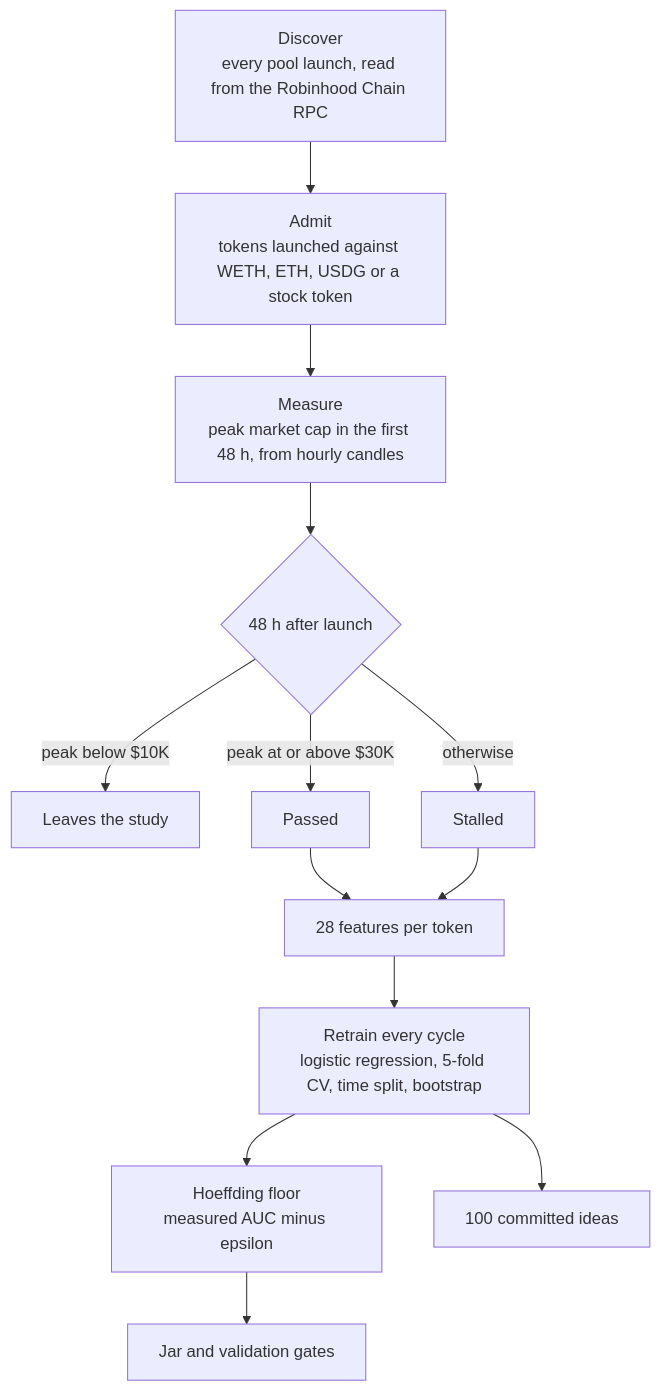
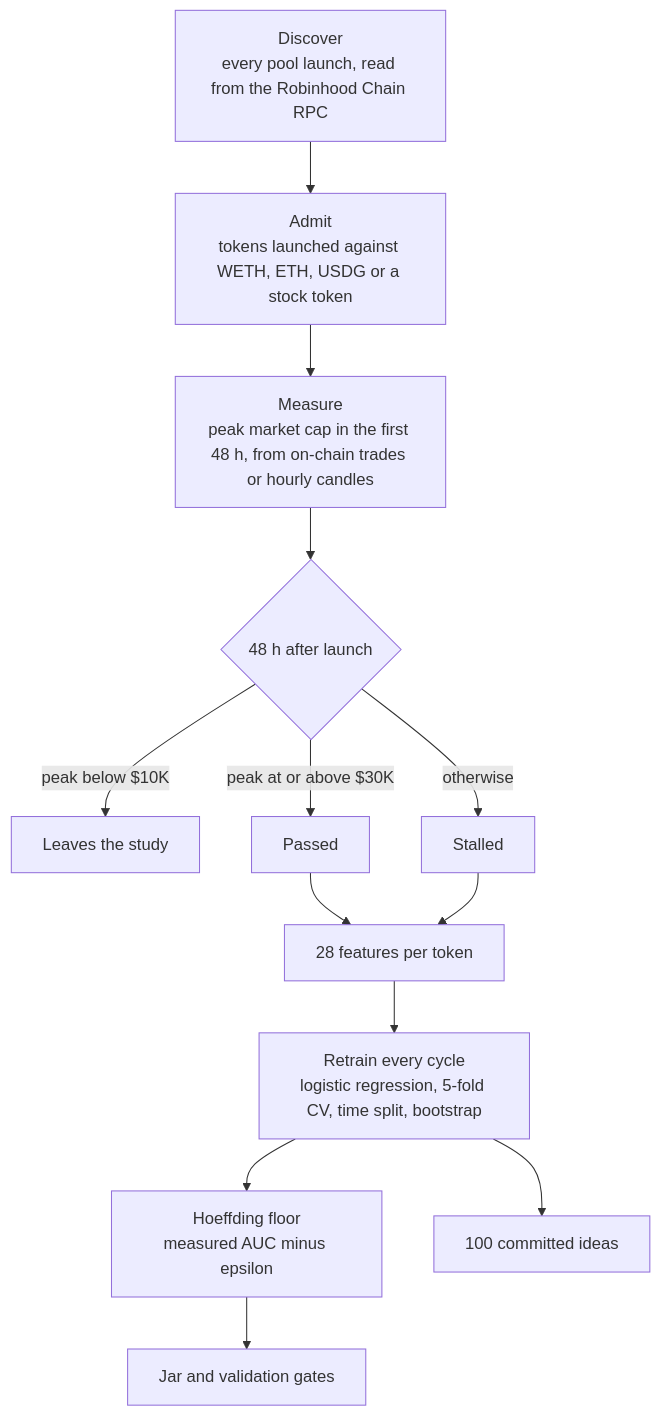
The diagram in README.md (sympony1992/Wassily-feed), drawn with Mermaid before and after one commit. The commit also changed other lines of this file and 13 other files, not shown here.

````diff
--- a/README.md
+++ b/README.md
@@ -31,15 +31,15 @@
 ```mermaid
 flowchart TD
   A["Discover<br/>every pool launch, read from the Robinhood Chain RPC"] --> B["Admit<br/>tokens launched against WETH, ETH, USDG or a stock token"]
-  B --> C["Measure<br/>peak market cap in the first 48 h, from hourly candles"]
+  B --> C["Measure<br/>peak market cap in the first 48 h, from on-chain trades or hourly candles"]
   C --> D{"48 h after launch"}
   D -->|peak below $10K| X["Leaves the study"]
   D -->|peak at or above $30K| P["Passed"]
   D -->|otherwise| S["Stalled"]
   P --> F["28 features per token"]
   S --> F
   F --> M["Retrain every cycle<br/>logistic regression, 5-fold CV, time split, bootstrap"]
   M --> H["Hoeffding floor<br/>measured AUC minus epsilon"]
   H --> J["Jar and validation gates"]
   M --> I["100 committed ideas"]
 ```
````
